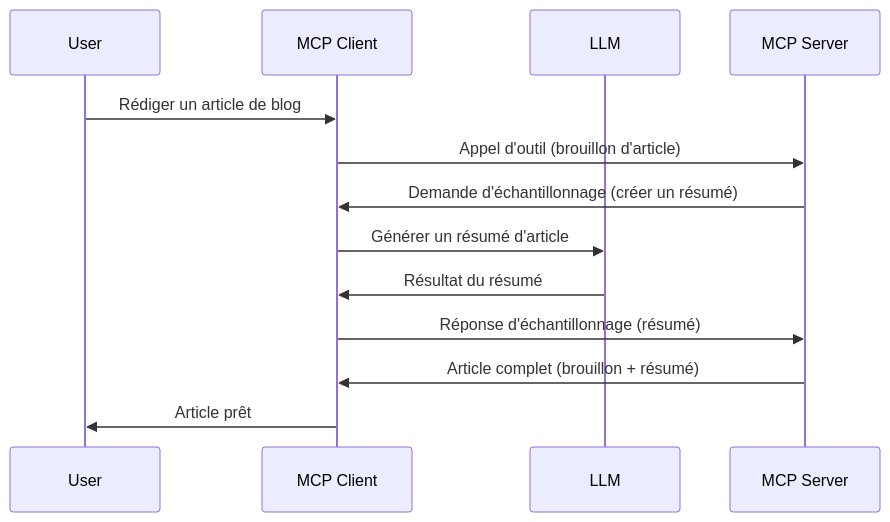
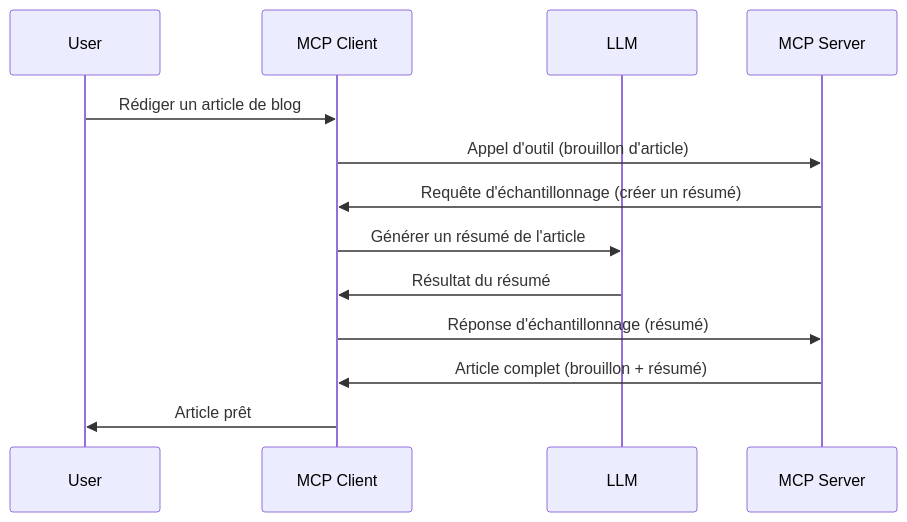
One commit to HIDORAKAI002/ai-workspace-archive changed the diagram in mcp_ecosystem__model_context_protocol/mcp_learning_resources/mcp-for-beginners/translations/fr/03-GettingStarted/14-sampling/README.md. Above: the diagram before and after it, drawn with Mermaid. The commit also changed other lines of this file and 1539 other files, not shown here.

````diff
--- a/mcp_ecosystem__model_context_protocol/mcp_learning_resources/mcp-for-beginners/translations/fr/03-GettingStarted/14-sampling/README.md
+++ b/mcp_ecosystem__model_context_protocol/mcp_learning_resources/mcp-for-beginners/translations/fr/03-GettingStarted/14-sampling/README.md
@@ -23,16 +23,16 @@
 ```mermaid
 sequenceDiagram
     participant User
     participant MCP Client
     participant LLM
     participant MCP Server
 
     User->>MCP Client: Rédiger un article de blog
     MCP Client->>MCP Server: Appel d'outil (brouillon d'article)
-    MCP Server->>MCP Client: Demande d'échantillonnage (créer un résumé)
-    MCP Client->>LLM: Générer un résumé d'article
+    MCP Server->>MCP Client: Requête d'échantillonnage (créer un résumé)
+    MCP Client->>LLM: Générer un résumé de l'article
     LLM->>MCP Client: Résultat du résumé
     MCP Client->>MCP Server: Réponse d'échantillonnage (résumé)
     MCP Server->>MCP Client: Article complet (brouillon + résumé)
     MCP Client->>User: Article prêt
 ```
````
